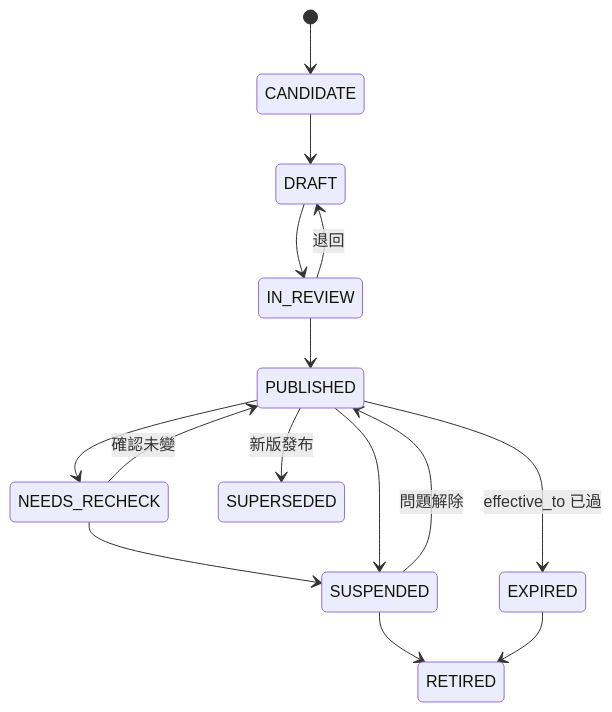
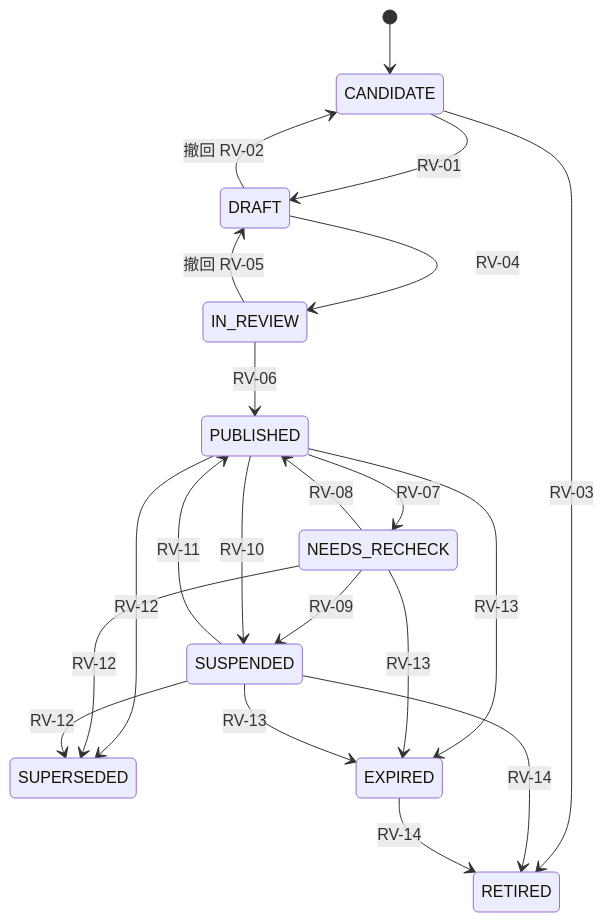
The second of 7 diagrams in docs/platform/DATA_MODEL_AND_STATE_MACHINES.md (firekou/SaveThePeople), drawn with Mermaid before and after one commit. The commit also changed other lines of this file and 22 other files, not shown here.

````diff
--- a/docs/platform/DATA_MODEL_AND_STATE_MACHINES.md
+++ b/docs/platform/DATA_MODEL_AND_STATE_MACHINES.md
@@ -382,17 +492,23 @@
 ```mermaid
 stateDiagram-v2
   [*] --> CANDIDATE
-  CANDIDATE --> DRAFT
-  DRAFT --> IN_REVIEW
-  IN_REVIEW --> DRAFT: 退回
-  IN_REVIEW --> PUBLISHED
-  PUBLISHED --> NEEDS_RECHECK
-  NEEDS_RECHECK --> PUBLISHED: 確認未變
-  NEEDS_RECHECK --> SUSPENDED
-  PUBLISHED --> SUSPENDED
-  SUSPENDED --> PUBLISHED: 問題解除
-  PUBLISHED --> SUPERSEDED: 新版發布
-  PUBLISHED --> EXPIRED: effective_to 已過
-  SUSPENDED --> RETIRED
-  EXPIRED --> RETIRED
+  CANDIDATE --> DRAFT: RV-01
+  DRAFT --> CANDIDATE: 撤回 RV-02
+  CANDIDATE --> RETIRED: RV-03
+  DRAFT --> IN_REVIEW: RV-04
+  IN_REVIEW --> DRAFT: 撤回 RV-05
+  IN_REVIEW --> PUBLISHED: RV-06
+  PUBLISHED --> NEEDS_RECHECK: RV-07
+  NEEDS_RECHECK --> PUBLISHED: RV-08
+  NEEDS_RECHECK --> SUSPENDED: RV-09
+  PUBLISHED --> SUSPENDED: RV-10
+  SUSPENDED --> PUBLISHED: RV-11
+  PUBLISHED --> SUPERSEDED: RV-12
+  NEEDS_RECHECK --> SUPERSEDED: RV-12
+  SUSPENDED --> SUPERSEDED: RV-12
+  PUBLISHED --> EXPIRED: RV-13
+  NEEDS_RECHECK --> EXPIRED: RV-13
+  SUSPENDED --> EXPIRED: RV-13
+  SUSPENDED --> RETIRED: RV-14
+  EXPIRED --> RETIRED: RV-14
 ```
````
